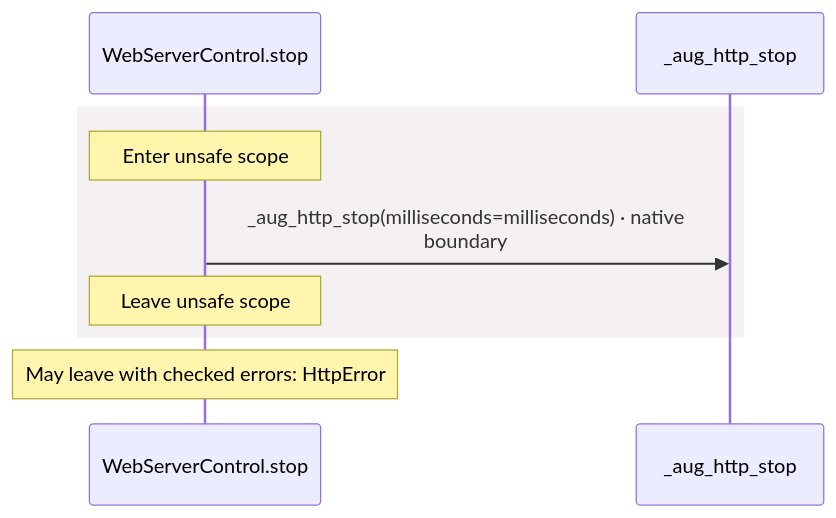
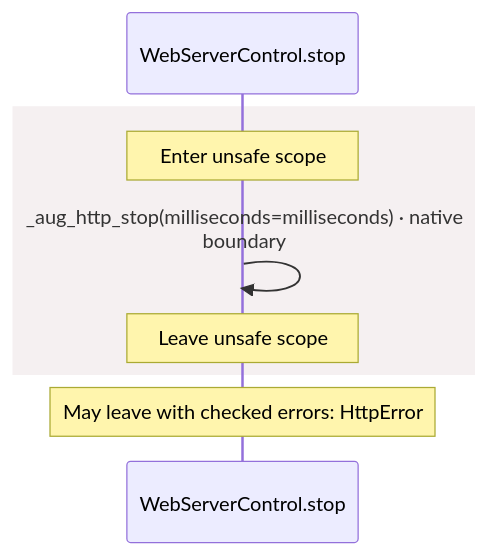
One commit to GreenPandaStudios/augscript changed the ninth of 9 diagrams in src/stdlib/web/contracts.aug.diagrams.md. Above: the diagram before and after it, drawn with Mermaid. The commit also changed other lines of this file and 304 other files, not shown here.

Commit message:
Make generated data-flow sequences concise and review every diagram

````diff
--- a/src/stdlib/web/contracts.aug.diagrams.md
+++ b/src/stdlib/web/contracts.aug.diagrams.md
@@ -276,11 +268,11 @@
 ```mermaid
 sequenceDiagram
     participant p0 as WebServerControl.stop
-    participant p1 as _aug_http_stop
+
     rect rgb(245, 240, 241)
     Note over p0: Enter unsafe scope
-    p0->>p1: _aug_http_stop(milliseconds=milliseconds) · native<br/>boundary
+    p0->>p0: _aug_http_stop(milliseconds=milliseconds) · native<br/>boundary
     Note over p0: Leave unsafe scope
     end
     Note over p0: May leave with checked errors: HttpError
 ```
````
